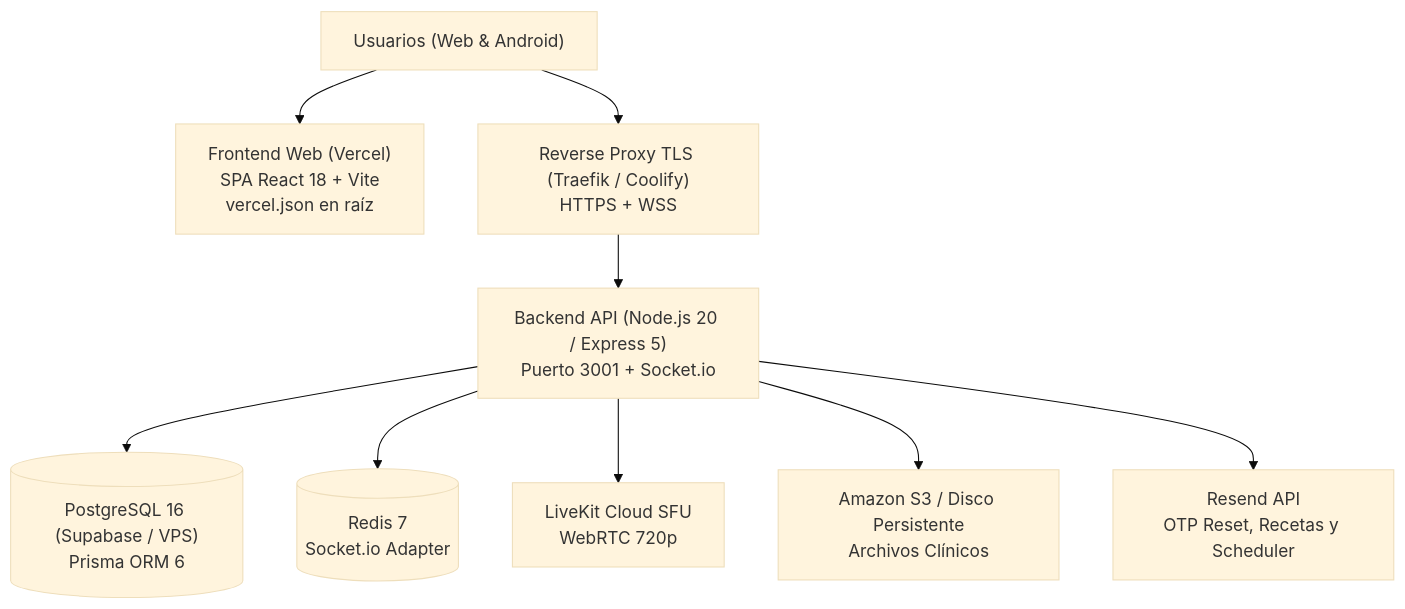
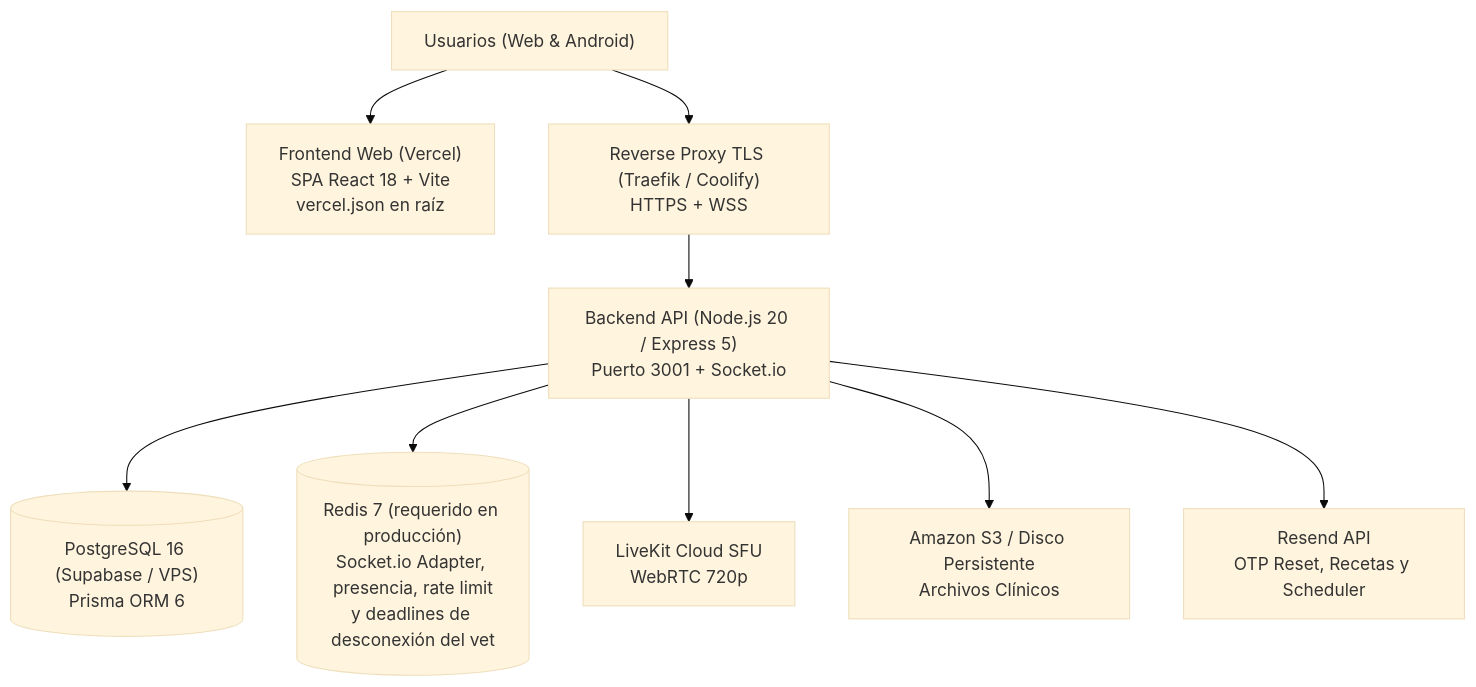
The diagram in docs/DEPLOY.md (grupo-pinnacle/HuelliCam), drawn with Mermaid (base theme) before and after one commit. The commit also changed other lines of this file and 269 other files, not shown here.

````diff
--- a/docs/DEPLOY.md
+++ b/docs/DEPLOY.md
@@ -9,11 +9,11 @@
 ```mermaid
 flowchart TD
     Users["Usuarios (Web & Android)"] --> Vercel["Frontend Web (Vercel)\nSPA React 18 + Vite\nvercel.json en raíz"]
     Users --> Proxy["Reverse Proxy TLS (Traefik / Coolify)\nHTTPS + WSS"]
     Proxy --> Backend["Backend API (Node.js 20 / Express 5)\nPuerto 3001 + Socket.io"]
     Backend --> Postgres[("PostgreSQL 16 (Supabase / VPS)\nPrisma ORM 6")]
-    Backend --> Redis[("Redis 7\nSocket.io Adapter")]
+    Backend --> Redis[("Redis 7 (requerido en producción)\nSocket.io Adapter, presencia, rate limit\ny deadlines de desconexión del vet")]
     Backend --> LiveKit["LiveKit Cloud SFU\nWebRTC 720p"]
     Backend --> Storage["Amazon S3 / Disco Persistente\nArchivos Clínicos"]
     Backend --> Resend["Resend API\nOTP Reset, Recetas y Scheduler"]
 ```
````
